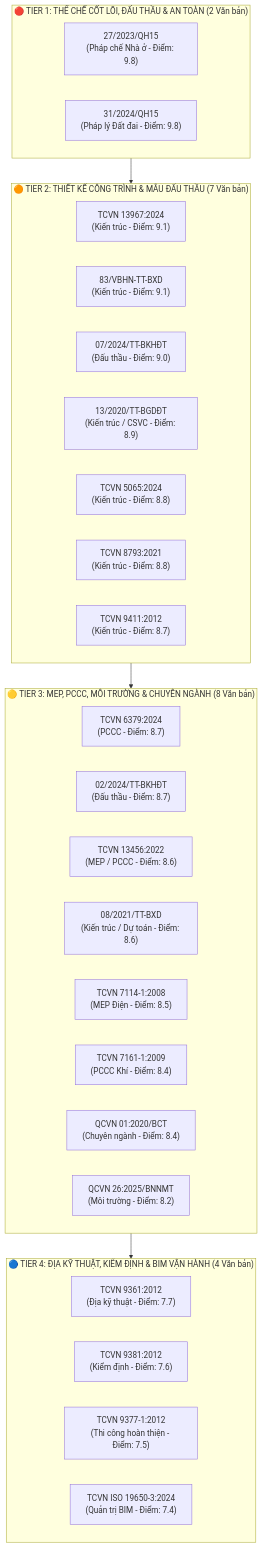
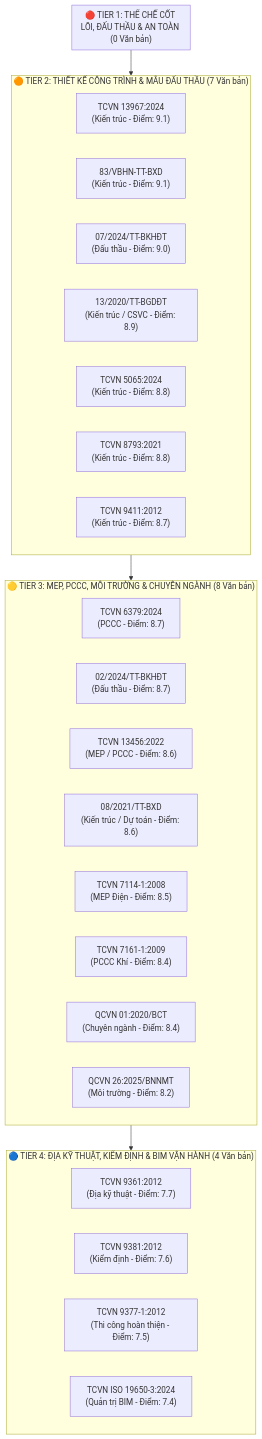
The diagram in .md/knowledge/expansion_roadmap.md (vvChu/ccba-legal-knowledge), drawn with Mermaid before and after one commit. The commit also changed other lines of this file and 19 other files, not shown here.

Commit message:
feat(legal): ingest Luật Nhà ở 2023 and Luật Đất đai 2024 OKF v2.4 bundles (#19)

````diff
--- a/.md/knowledge/expansion_roadmap.md
+++ b/.md/knowledge/expansion_roadmap.md
@@ -23,39 +23,37 @@
 ```mermaid
 graph TD
-    subgraph T1["🔴 TIER 1: THỂ CHẾ CỐT LÕI, ĐẤU THẦU & AN TOÀN (2 Văn bản)"]
-        T1_1["27/2023/QH15<br/>(Pháp chế Nhà ở - Điểm: 9.8)"]
-        T1_2["31/2024/QH15<br/>(Pháp lý Đất đai - Điểm: 9.8)"]
+    subgraph T1["🔴 TIER 1: THỂ CHẾ CỐT LÕI, ĐẤU THẦU & AN TOÀN (0 Văn bản)"]
     end
 
     subgraph T2["🟠 TIER 2: THIẾT KẾ CÔNG TRÌNH & MẪU ĐẤU THẦU (7 Văn bản)"]
         T2_1["TCVN 13967:2024<br/>(Kiến trúc - Điểm: 9.1)"]
         T2_2["83/VBHN-TT-BXD<br/>(Kiến trúc - Điểm: 9.1)"]
         T2_3["07/2024/TT-BKHĐT<br/>(Đấu thầu - Điểm: 9.0)"]
         T2_4["13/2020/TT-BGDĐT<br/>(Kiến trúc / CSVC - Điểm: 8.9)"]
         T2_5["TCVN 5065:2024<br/>(Kiến trúc - Điểm: 8.8)"]
         T2_6["TCVN 8793:2021<br/>(Kiến trúc - Điểm: 8.8)"]
         T2_7["TCVN 9411:2012<br/>(Kiến trúc - Điểm: 8.7)"]
     end
 
     subgraph T3["🟡 TIER 3: MEP, PCCC, MÔI TRƯỜNG & CHUYÊN NGÀNH (8 Văn bản)"]
         T3_1["TCVN 6379:2024<br/>(PCCC - Điểm: 8.7)"]
         T3_2["02/2024/TT-BKHĐT<br/>(Đấu thầu - Điểm: 8.7)"]
         T3_3["TCVN 13456:2022<br/>(MEP / PCCC - Điểm: 8.6)"]
         T3_4["08/2021/TT-BXD<br/>(Kiến trúc / Dự toán - Điểm: 8.6)"]
         T3_5["TCVN 7114-1:2008<br/>(MEP Điện - Điểm: 8.5)"]
         T3_6["TCVN 7161-1:2009<br/>(PCCC Khí - Điểm: 8.4)"]
         T3_7["QCVN 01:2020/BCT<br/>(Chuyên ngành - Điểm: 8.4)"]
         T3_8["QCVN 26:2025/BNNMT<br/>(Môi trường - Điểm: 8.2)"]
     end
 
     subgraph T4["🔵 TIER 4: ĐỊA KỸ THUẬT, KIỂM ĐỊNH & BIM VẬN HÀNH (4 Văn bản)"]
         T4_1["TCVN 9361:2012<br/>(Địa kỹ thuật - Điểm: 7.7)"]
         T4_2["TCVN 9381:2012<br/>(Kiểm định - Điểm: 7.6)"]
         T4_3["TCVN 9377-1:2012<br/>(Thi công hoàn thiện - Điểm: 7.5)"]
         T4_4["TCVN ISO 19650-3:2024<br/>(Quản trị BIM - Điểm: 7.4)"]
     end
 
     T1 --> T2
     T2 --> T3
     T3 --> T4
 ```
````
